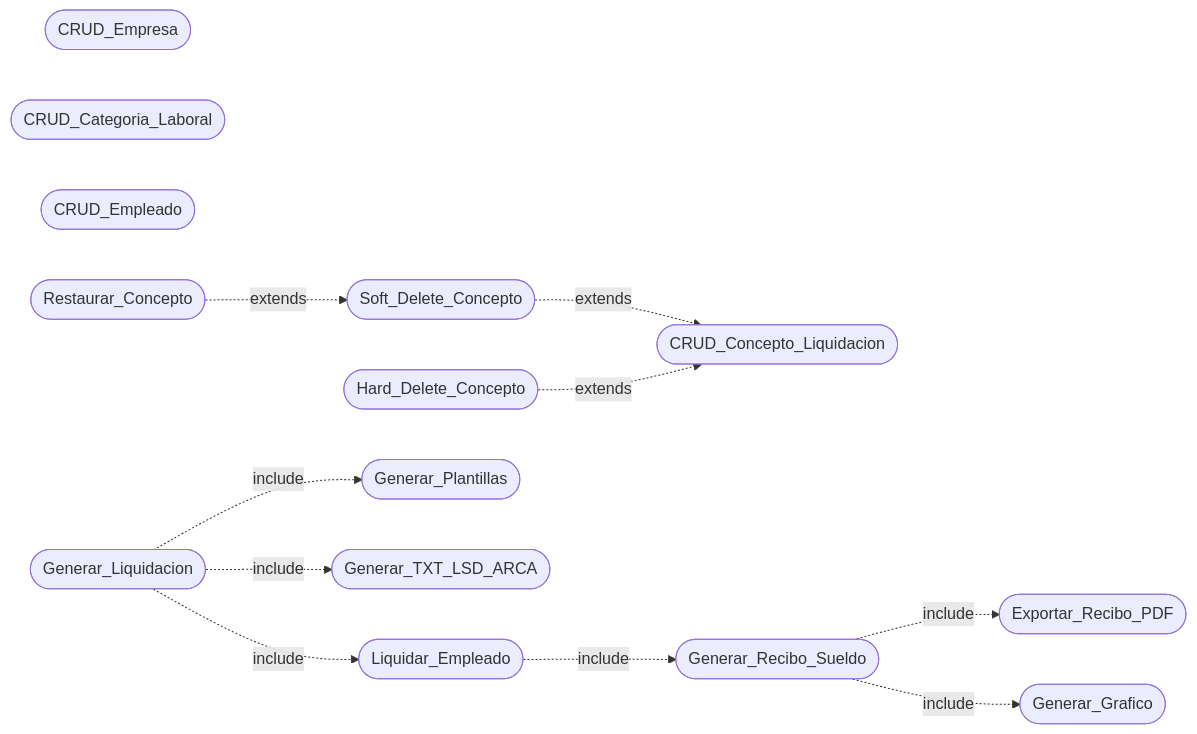
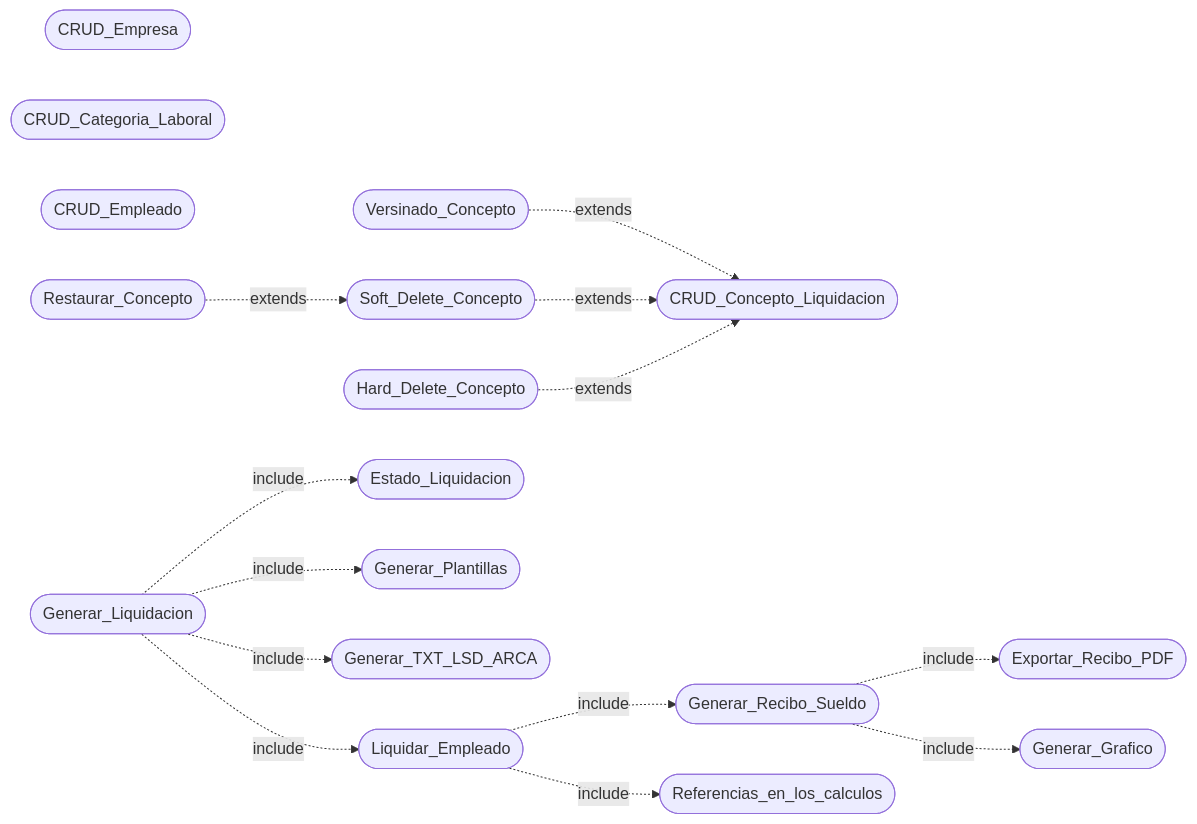
The first of 2 diagrams in docs/spec.md (IgnacioAusili/ms_contable), drawn with Mermaid before and after one commit. The commit also changed 23 other files, not shown here.

````diff
--- a/docs/spec.md
+++ b/docs/spec.md
@@ -36,35 +36,40 @@
 ```mermaid
-
 flowchart LR
     CRUD_Empresa([CRUD_Empresa])
     CRUD_Categoria_Laboral([CRUD_Categoria_Laboral])
     CRUD_Empleado([CRUD_Empleado])
 
     CRUD_Concepto_Liquidacion([CRUD_Concepto_Liquidacion])
 
+    Versinado_Concepto([Versinado_Concepto])
     Soft_Delete_Concepto([Soft_Delete_Concepto])
     Hard_Delete_Concepto([Hard_Delete_Concepto])
     Restaurar_Concepto([Restaurar_Concepto])
 
     Generar_Liquidacion([Generar_Liquidacion])
 
+    Estado_Liquidacion([Estado_Liquidacion])
     Generar_Plantillas([Generar_Plantillas])
     Generar_TXT_LSD_ARCA([Generar_TXT_LSD_ARCA])
     Liquidar_Empleado([Liquidar_Empleado])
 
     Generar_Recibo_Sueldo([Generar_Recibo_Sueldo])
+    Referencias_en_los_calculos([Referencias_en_los_calculos])
 
     Exportar_Recibo_PDF([Exportar_Recibo_PDF])
     Generar_Grafico([Generar_Grafico])
 
+    Versinado_Concepto -.->|extends| CRUD_Concepto_Liquidacion
     Soft_Delete_Concepto -.->|extends| CRUD_Concepto_Liquidacion
     Hard_Delete_Concepto -.->|extends| CRUD_Concepto_Liquidacion
     Restaurar_Concepto -.->|extends| Soft_Delete_Concepto
 
+    Generar_Liquidacion -.->|include| Estado_Liquidacion
     Generar_Liquidacion -.->|include| Generar_Plantillas
     Generar_Liquidacion -.->|include| Generar_TXT_LSD_ARCA    
     Generar_Liquidacion -.->|include| Liquidar_Empleado
     Liquidar_Empleado -.->|include| Generar_Recibo_Sueldo
+    Liquidar_Empleado -.->|include| Referencias_en_los_calculos
     Generar_Recibo_Sueldo -.->|include| Exportar_Recibo_PDF
     Generar_Recibo_Sueldo -.->|include| Generar_Grafico
 ```
````
